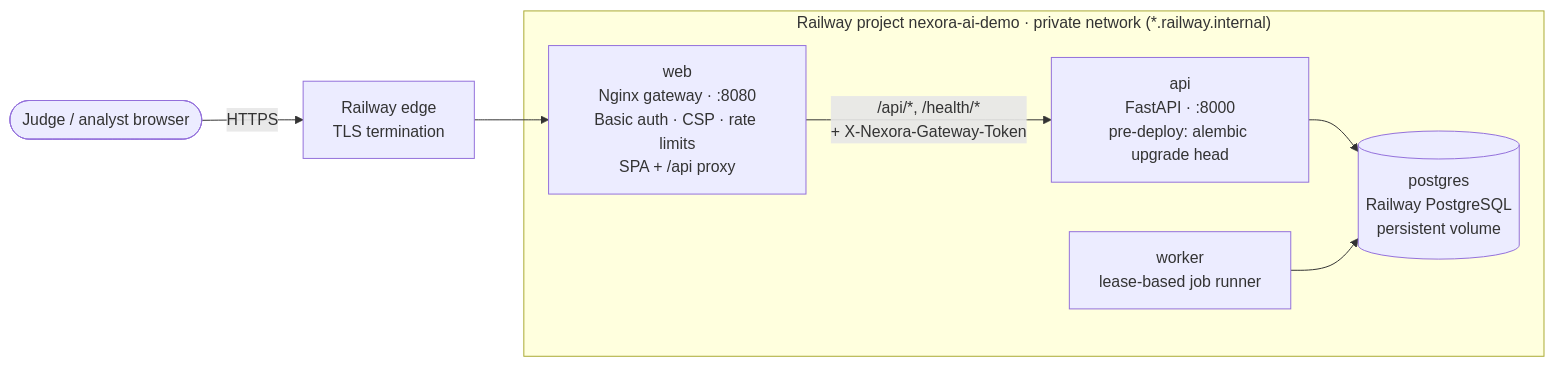
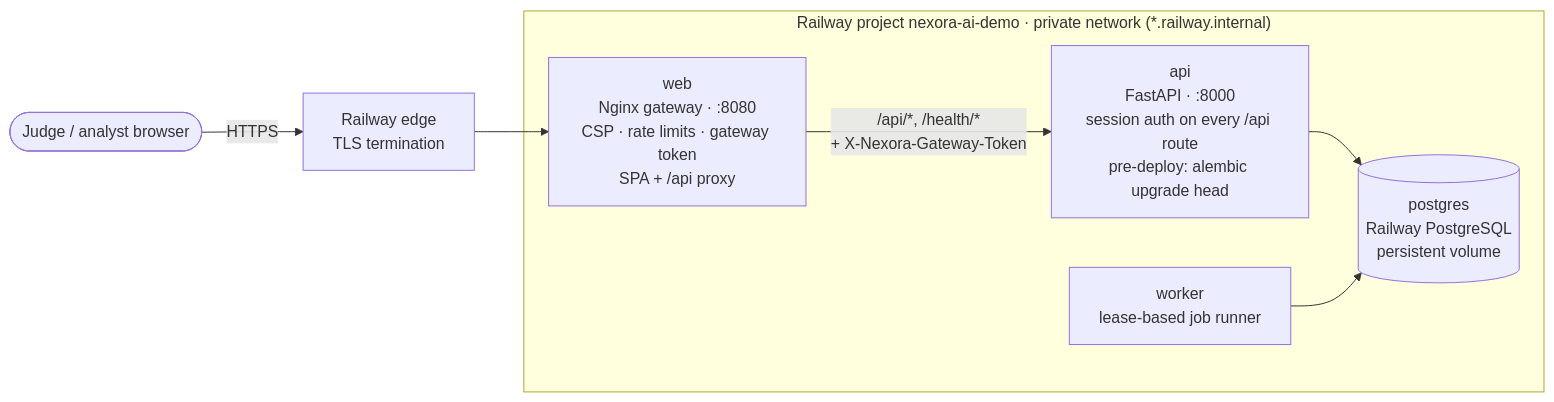
One commit to SaginbekDaniel/SYNAPTIC-LABS changed the first of 2 diagrams in docs/deployment/railway.md. Above: the diagram before and after it, drawn with Mermaid. The commit also changed other lines of this file and 18 other files, not shown here.

````diff
--- a/docs/deployment/railway.md
+++ b/docs/deployment/railway.md
@@ -12,15 +13,15 @@
 ```mermaid
 flowchart LR
   user([Judge / analyst browser]) -- HTTPS --> edge[Railway edge<br/>TLS termination]
   edge --> web
 
   subgraph project["Railway project nexora-ai-demo · private network (*.railway.internal)"]
-    web["web<br/>Nginx gateway · :8080<br/>Basic auth · CSP · rate limits<br/>SPA + /api proxy"]
-    api["api<br/>FastAPI · :8000<br/>pre-deploy: alembic upgrade head"]
+    web["web<br/>Nginx gateway · :8080<br/>CSP · rate limits · gateway token<br/>SPA + /api proxy"]
+    api["api<br/>FastAPI · :8000<br/>session auth on every /api route<br/>pre-deploy: alembic upgrade head"]
     worker["worker<br/>lease-based job runner"]
     db[("postgres<br/>Railway PostgreSQL<br/>persistent volume")]
     web -- "/api/*, /health/*<br/>+ X-Nexora-Gateway-Token" --> api
     api --> db
     worker --> db
   end
 ```
````
